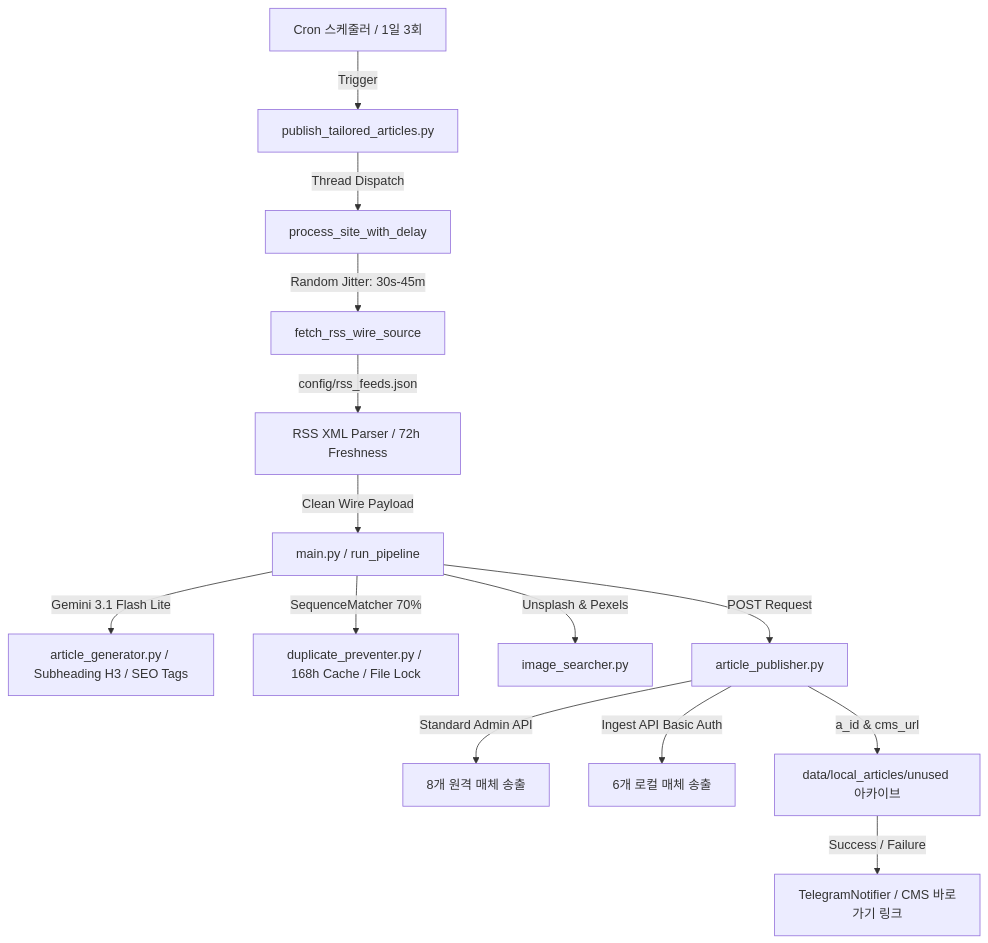
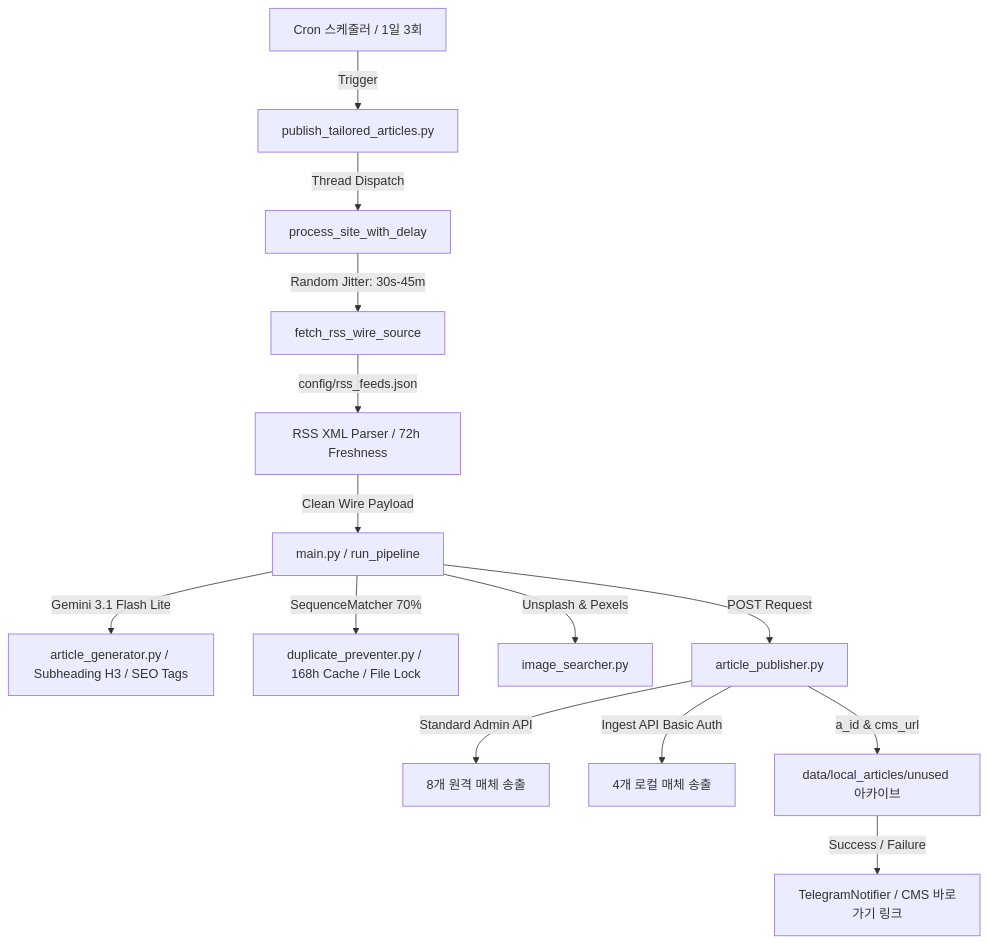
The diagram in .agents/@system_blueprint.md (hwttjung/hwttjung), drawn with Mermaid before and after one commit. The commit also changed other lines of this file and 20 other files, not shown here.

````diff
--- a/.agents/@system_blueprint.md
+++ b/.agents/@system_blueprint.md
@@ -11,16 +11,16 @@
 ```mermaid
 graph TD
     A[Cron 스케줄러 / 1일 3회] -->|Trigger| B[publish_tailored_articles.py]
     B -->|Thread Dispatch| C[process_site_with_delay]
     C -->|Random Jitter: 30s-45m| D[fetch_rss_wire_source]
     D -->|config/rss_feeds.json| E[RSS XML Parser / 72h Freshness]
     E -->|Clean Wire Payload| F[main.py / run_pipeline]
     F -->|Gemini 3.1 Flash Lite| G[article_generator.py / Subheading H3 / SEO Tags]
     F -->|SequenceMatcher 70%| H[duplicate_preventer.py / 168h Cache / File Lock]
     F -->|Unsplash & Pexels| I[image_searcher.py]
     F -->|POST Request| J[article_publisher.py]
     J -->|Standard Admin API| K[8개 원격 매체 송출]
-    J -->|Ingest API Basic Auth| L[6개 로컬 매체 송출]
+    J -->|Ingest API Basic Auth| L[4개 로컬 매체 송출]
     J -->|a_id & cms_url| M[data/local_articles/unused 아카이브]
     M -->|Success / Failure| N[TelegramNotifier / CMS 바로가기 링크]
 ```
````
